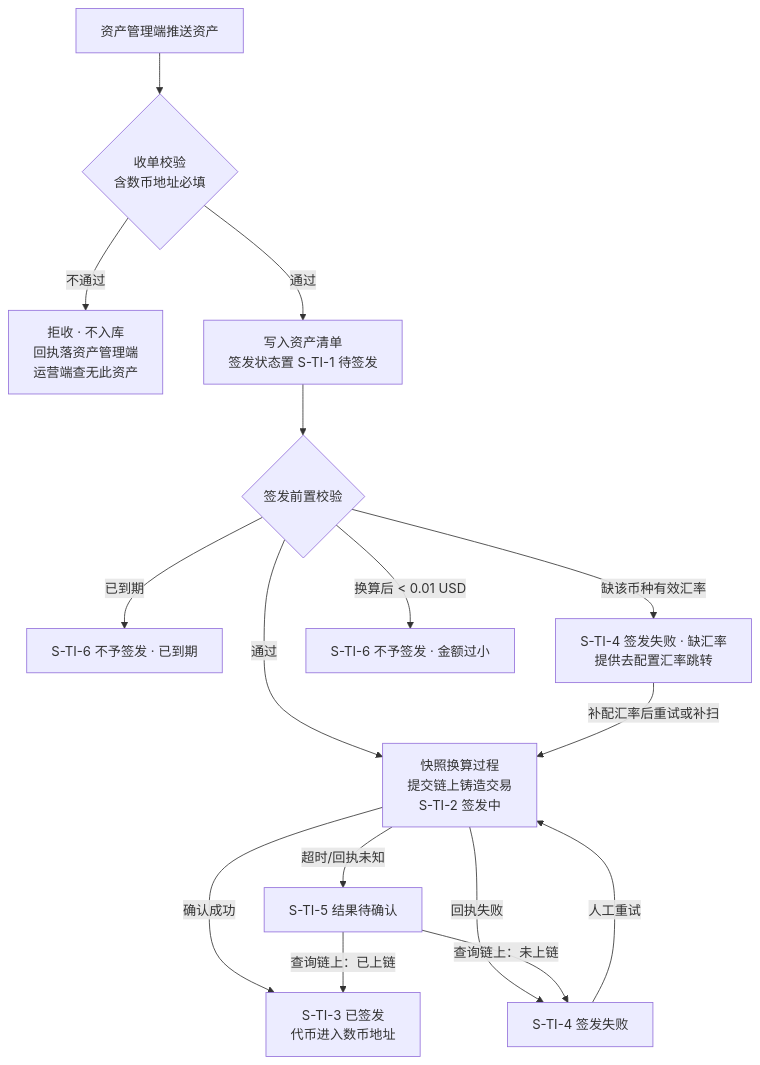
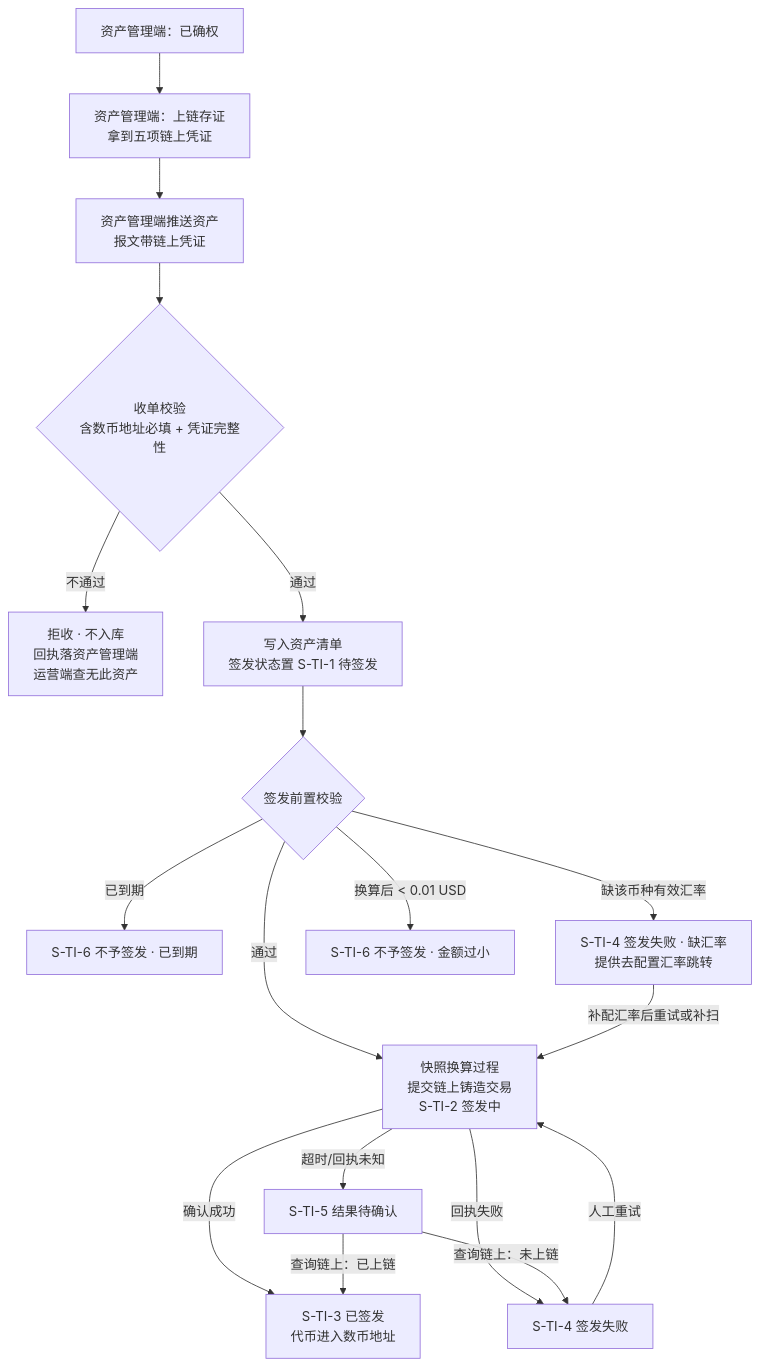
The first of 3 diagrams in financial-service-platform/prd/v1.0-资产清单与代币签发/v1.0-资产清单与代币签发-PRD.md (wxblockchain/Chain-Financing), drawn with Mermaid before and after one commit. The commit also changed other lines of this file and 6 other files, not shown here.

````diff
--- a/financial-service-platform/prd/v1.0-资产清单与代币签发/v1.0-资产清单与代币签发-PRD.md
+++ b/financial-service-platform/prd/v1.0-资产清单与代币签发/v1.0-资产清单与代币签发-PRD.md
@@ -316,18 +345,20 @@
 ```mermaid
 flowchart TD
-    A[资产管理端推送资产] --> B{收单校验<br/>含数币地址必填}
+    Z0[资产管理端：已确权] --> Z1[资产管理端：上链存证<br/>拿到五项链上凭证]
+    Z1 --> A[资产管理端推送资产<br/>报文带链上凭证]
+    A --> B{收单校验<br/>含数币地址必填 + 凭证完整性}
     B -- 不通过 --> B1[拒收 · 不入库<br/>回执落资产管理端<br/>运营端查无此资产]
     B -- 通过 --> C[写入资产清单<br/>签发状态置 S-TI-1 待签发]
     C --> D{签发前置校验}
     D -- 已到期 --> E1[S-TI-6 不予签发 · 已到期]
     D -- 缺该币种有效汇率 --> E2[S-TI-4 签发失败 · 缺汇率<br/>提供去配置汇率跳转]
     D -- 换算后 &lt; 0.01 USD --> E3[S-TI-6 不予签发 · 金额过小]
     D -- 通过 --> F[快照换算过程<br/>提交链上铸造交易<br/>S-TI-2 签发中]
     F -- 确认成功 --> G[S-TI-3 已签发<br/>代币进入数币地址]
     F -- 回执失败 --> H[S-TI-4 签发失败]
     F -- 超时/回执未知 --> I[S-TI-5 结果待确认]
     I -- 查询链上：已上链 --> G
     I -- 查询链上：未上链 --> H
     H -- 人工重试 --> F
     E2 -- 补配汇率后重试或补扫 --> F
 ```
````
